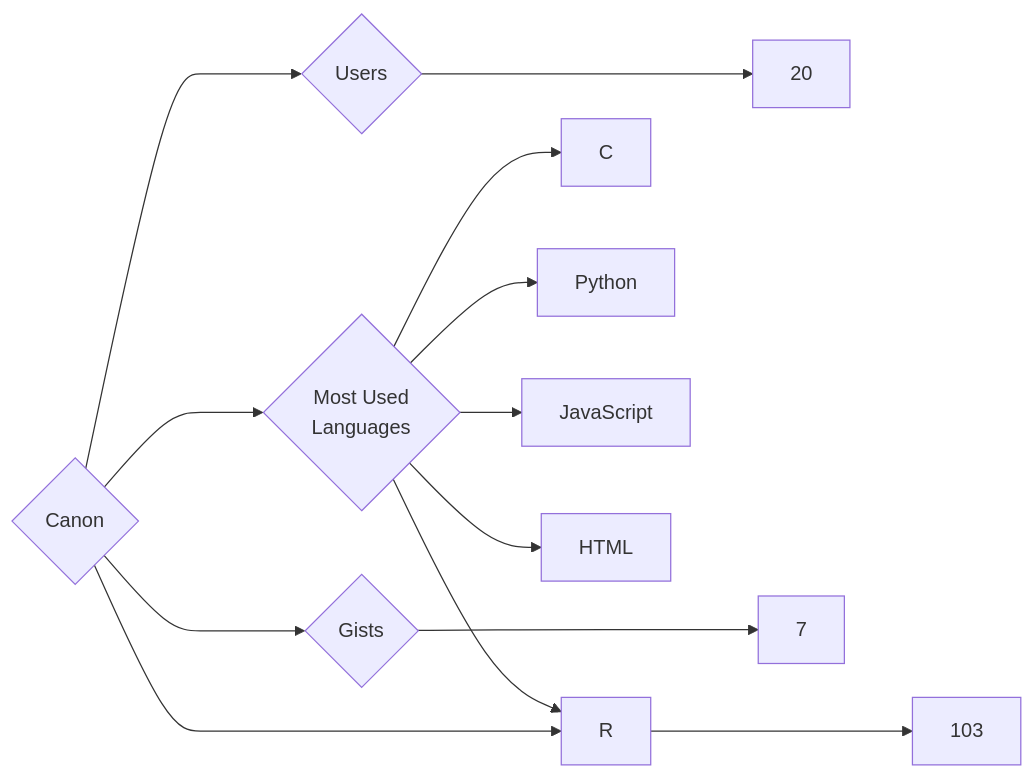
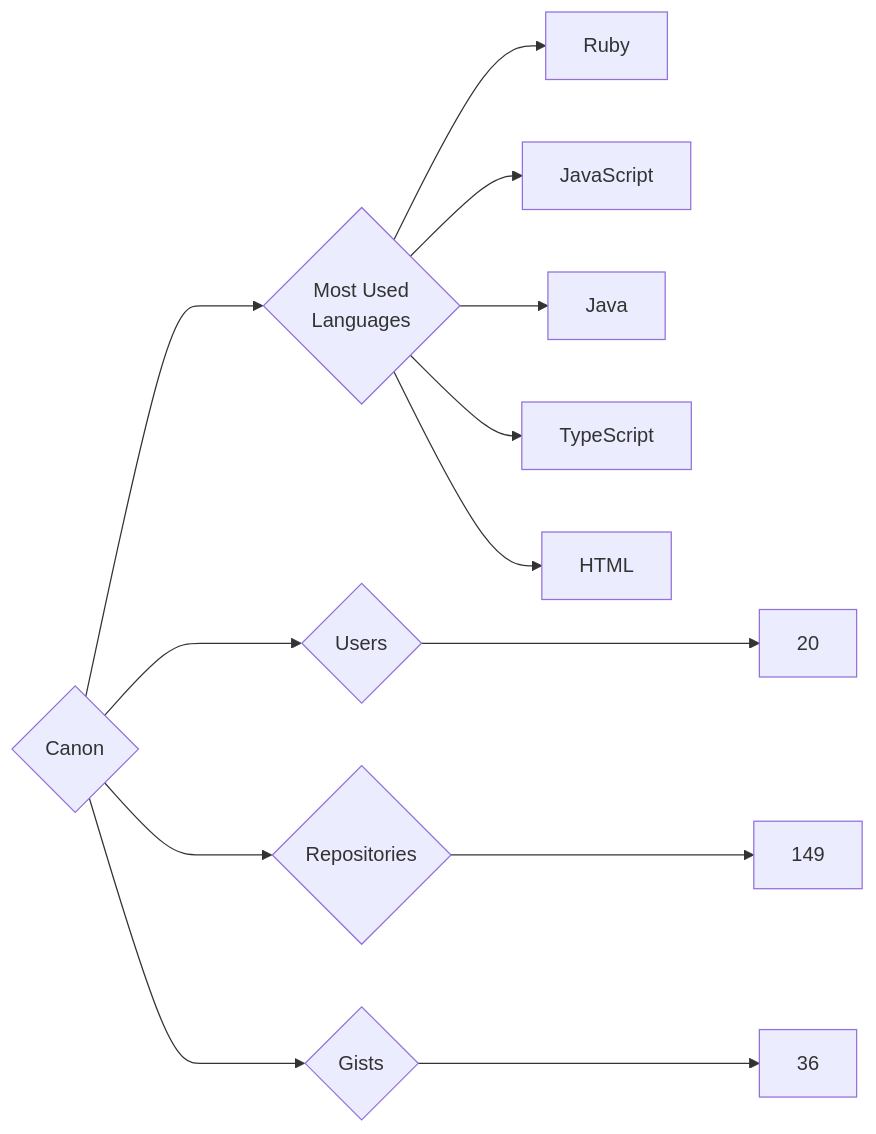
Before and after one commit to trickest/insiders: the diagram in targets/Canon/README.md, drawn with Mermaid. The commit also changed 930 other files, not shown here.

````diff
--- a/targets/Canon/README.md
+++ b/targets/Canon/README.md
@@ -3,13 +3,13 @@
 ```mermaid
 graph LR
 COMPANY_NAME{Canon}
 COMPANY_NAME ---> U{Users} ---> UN[20]
-COMPANY_NAME ---> R{Repositories} ---> RN[103]
-COMPANY_NAME ---> G{Gists} ---> GN[7]
+COMPANY_NAME ---> R{Repositories} ---> RN[149]
+COMPANY_NAME ---> G{Gists} ---> GN[36]
 COMPANY_NAME ---> ML{Most Used<br>Languages}
-ML --> C[C]
-ML --> Python[Python]
+ML --> Ruby[Ruby]
 ML --> JavaScript[JavaScript]
-ML --> R[R]
+ML --> Java[Java]
+ML --> TypeScript[TypeScript]
 ML --> HTML[HTML]
 ```
````
